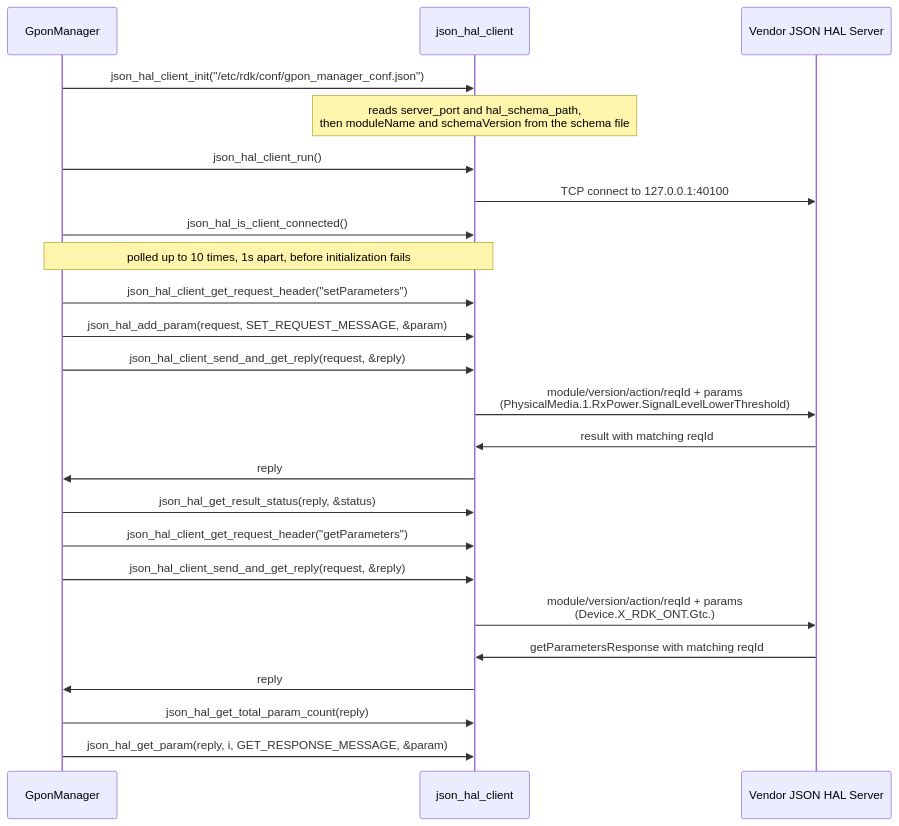
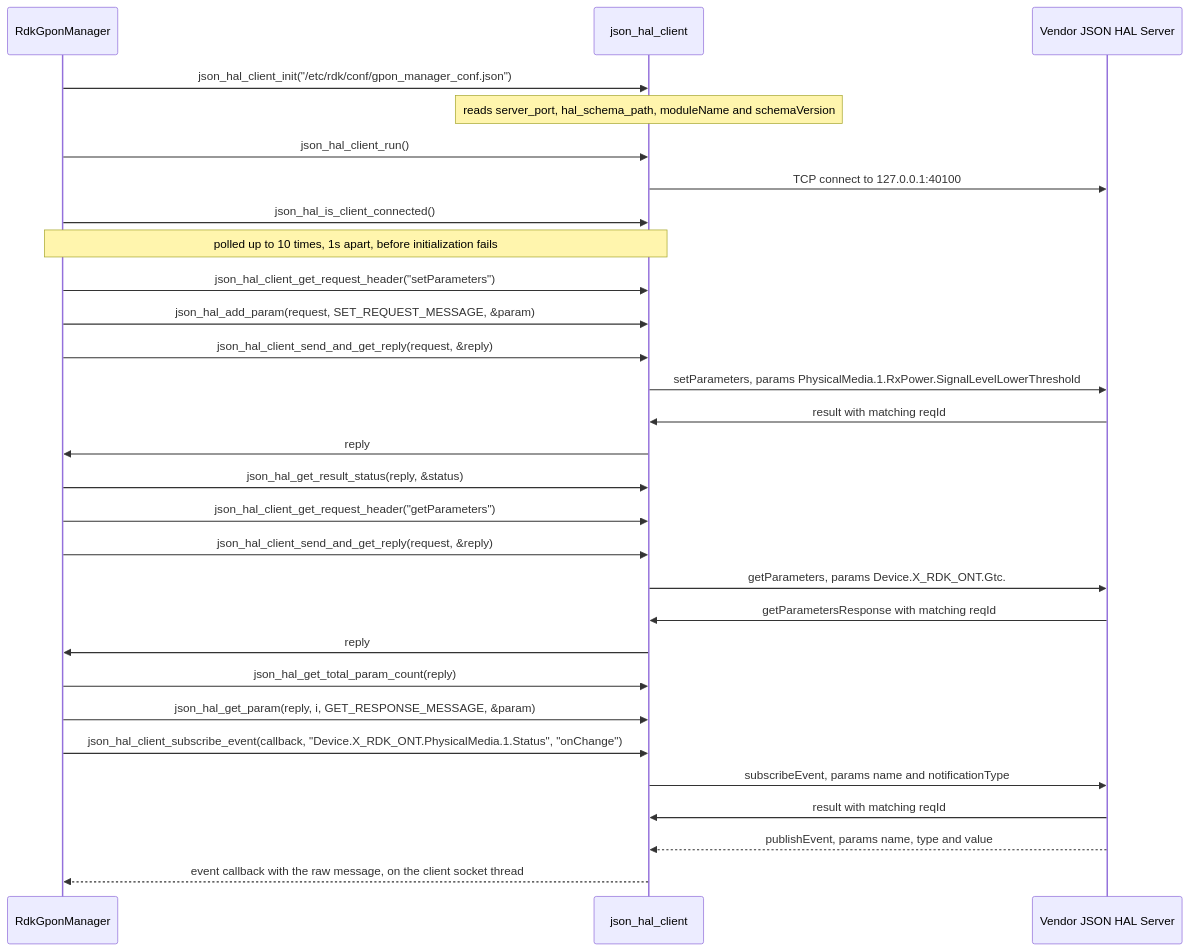
One commit to Blitzy-Sky/gpon-manager changed the second of 2 diagrams in docs/pages/halSpec.md. Above: the diagram before and after it, drawn with Mermaid. The commit also changed other lines of this file and 2 other files, not shown here.

````diff
--- a/docs/pages/halSpec.md
+++ b/docs/pages/halSpec.md
@@ -1576,26 +829,31 @@
 ```mermaid
 sequenceDiagram
-    participant Mgr as GponManager
+    participant Mgr as RdkGponManager
     participant Cli as json_hal_client
     participant Srv as Vendor JSON HAL Server
     Mgr->>Cli: json_hal_client_init("/etc/rdk/conf/gpon_manager_conf.json")
-    note over Cli: reads server_port and hal_schema_path,<br/>then moduleName and schemaVersion from the schema file
+    note over Cli: reads server_port, hal_schema_path, moduleName and schemaVersion
     Mgr->>Cli: json_hal_client_run()
     Cli->>Srv: TCP connect to 127.0.0.1:40100
     Mgr->>Cli: json_hal_is_client_connected()
     note over Mgr,Cli: polled up to 10 times, 1s apart, before initialization fails
     Mgr->>Cli: json_hal_client_get_request_header("setParameters")
     Mgr->>Cli: json_hal_add_param(request, SET_REQUEST_MESSAGE, &param)
     Mgr->>Cli: json_hal_client_send_and_get_reply(request, &reply)
-    Cli->>Srv: module/version/action/reqId + params<br/>(PhysicalMedia.1.RxPower.SignalLevelLowerThreshold)
+    Cli->>Srv: setParameters, params PhysicalMedia.1.RxPower.SignalLevelLowerThreshold
     Srv->>Cli: result with matching reqId
     Cli->>Mgr: reply
     Mgr->>Cli: json_hal_get_result_status(reply, &status)
     Mgr->>Cli: json_hal_client_get_request_header("getParameters")
     Mgr->>Cli: json_hal_client_send_and_get_reply(request, &reply)
-    Cli->>Srv: module/version/action/reqId + params<br/>(Device.X_RDK_ONT.Gtc.)
+    Cli->>Srv: getParameters, params Device.X_RDK_ONT.Gtc.
     Srv->>Cli: getParametersResponse with matching reqId
     Cli->>Mgr: reply
     Mgr->>Cli: json_hal_get_total_param_count(reply)
     Mgr->>Cli: json_hal_get_param(reply, i, GET_RESPONSE_MESSAGE, &param)
+    Mgr->>Cli: json_hal_client_subscribe_event(callback, "Device.X_RDK_ONT.PhysicalMedia.1.Status", "onChange")
+    Cli->>Srv: subscribeEvent, params name and notificationType
+    Srv->>Cli: result with matching reqId
+    Srv-->>Cli: publishEvent, params name, type and value
+    Cli-->>Mgr: event callback with the raw message, on the client socket thread
 ```
````
